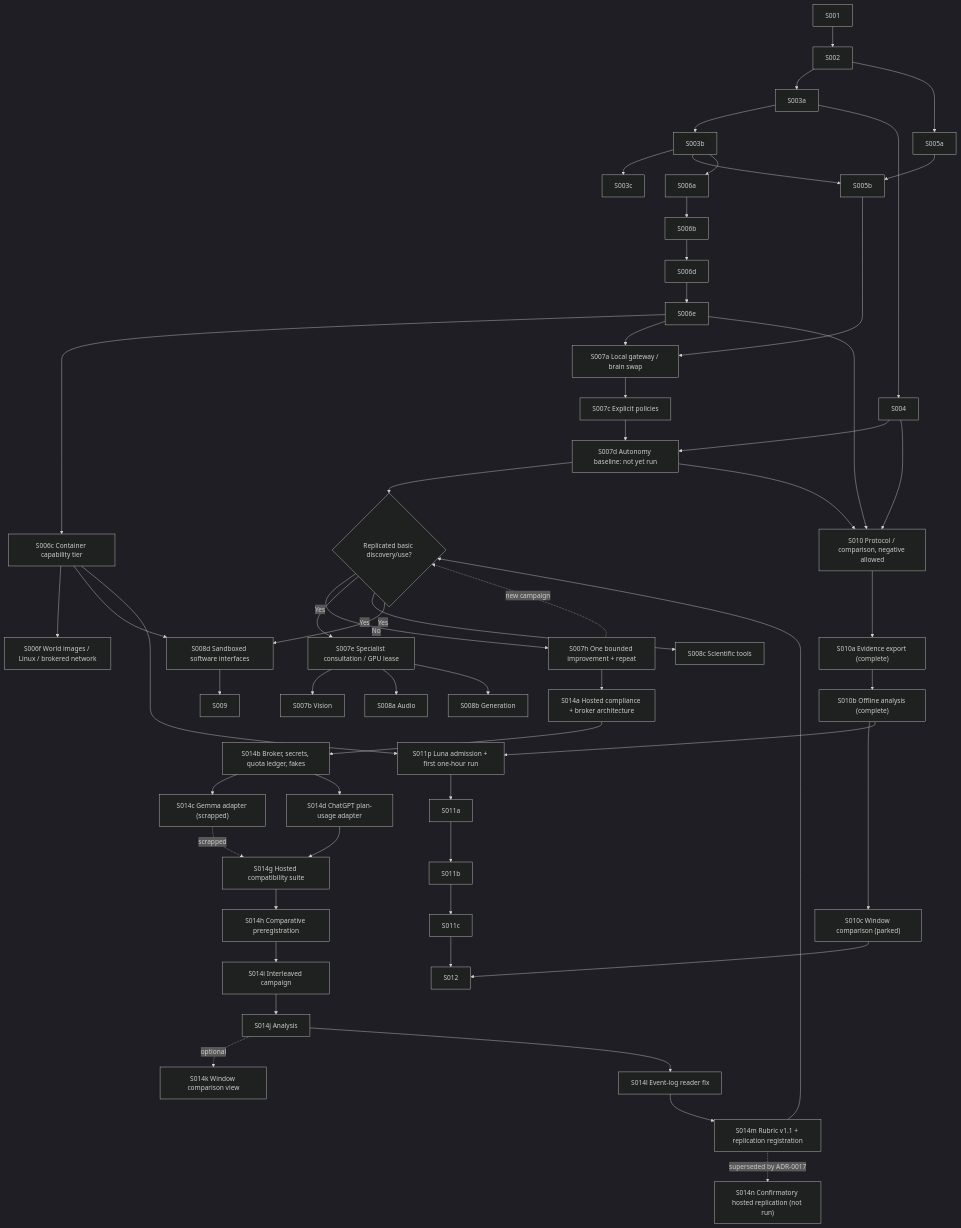
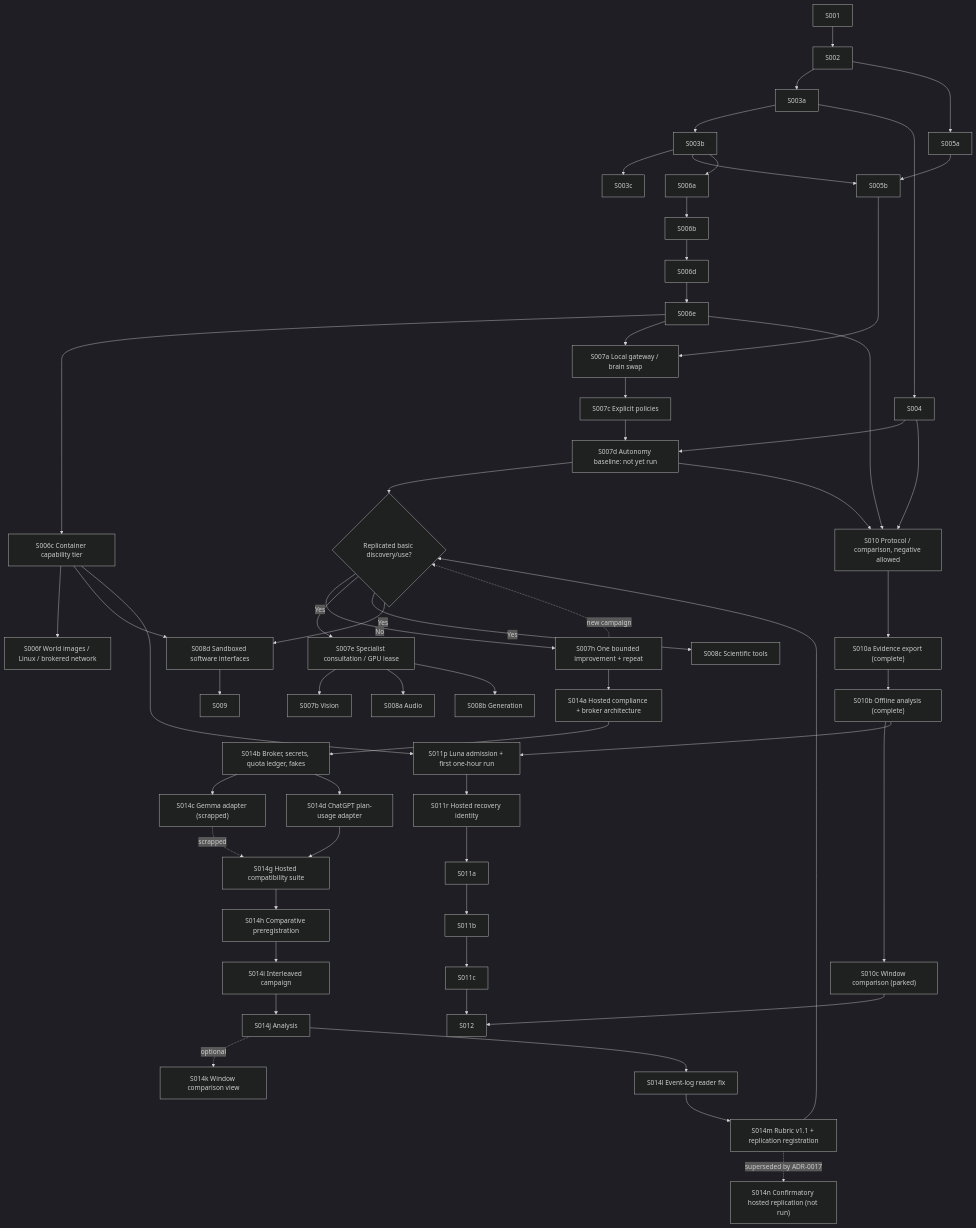
One commit to jfairfaxball-348/open-lab-builder changed the diagram in docs/roadmap/ROADMAP.md. Above: the diagram before and after it, drawn with Mermaid (dark theme). The commit also changed other lines of this file and 6 other files, not shown here.

First line of the commit message:
S011r: hosted recovery identity decision and completion records

````diff
--- a/docs/roadmap/ROADMAP.md
+++ b/docs/roadmap/ROADMAP.md
@@ -42,44 +42,44 @@
 ```mermaid
 flowchart TD
     S001 --> S002 --> S003a --> S003b --> S003c
     S003a --> S004
     S002 --> S005a --> S005b
     S003b --> S005b
     S003b --> S006a --> S006b --> S006d --> S006e
     S006e --> S006c["S006c Container capability tier"]
     S006c --> S006f["S006f World images / Linux / brokered network"]
     S006e --> S007a["S007a Local gateway / brain swap"]
     S005b --> S007a
     S007a --> S007c["S007c Explicit policies"]
     S007c --> S007d["S007d Autonomy baseline: not yet run"]
     S004 --> S007d
     S007d --> Gate{"Replicated basic discovery/use?"}
     Gate -->|No| S007h["S007h One bounded improvement + repeat"]
     S007h -. new campaign .-> Gate
     Gate -->|Yes| S007e["S007e Specialist consultation / GPU lease"]
     S007e --> S007b["S007b Vision"]
     S007e --> S008a["S008a Audio"]
     S007e --> S008b["S008b Generation"]
     Gate -->|Yes| S008c["S008c Scientific tools"]
     Gate -->|Yes| S008d["S008d Sandboxed software interfaces"]
     S006c --> S008d --> S009
     S007h --> S014a["S014a Hosted compliance + broker architecture"]
     S014a --> S014b["S014b Broker, secrets, quota ledger, fakes"]
     S014b --> S014c["S014c Gemma adapter (scrapped)"]
     S014b --> S014d["S014d ChatGPT plan-usage adapter"]
     S014c -. scrapped .-> S014g["S014g Hosted compatibility suite"]
     S014d --> S014g
     S014g --> S014h["S014h Comparative preregistration"] --> S014i["S014i Interleaved campaign"] --> S014j["S014j Analysis"]
     S014j -. optional .-> S014k["S014k Window comparison view"]
     S014j --> S014l["S014l Event-log reader fix"] --> S014m["S014m Rubric v1.1 + replication registration"] -. superseded by ADR-0017 .-> S014n["S014n Confirmatory hosted replication (not run)"]
     S014m --> Gate
     S007d --> S010["S010 Protocol / comparison, negative allowed"]
     S006e --> S010
     S004 --> S010
     S010 --> S010a["S010a Evidence export (complete)"] --> S010b["S010b Offline analysis (complete)"]
     S010b --> S010c["S010c Window comparison (parked)"]
     S010b --> S011p["S011p Luna admission + first one-hour run"]
     S006c --> S011p
-    S011p --> S011a --> S011b --> S011c --> S012
+    S011p --> S011r["S011r Hosted recovery identity"] --> S011a --> S011b --> S011c --> S012
     S010c --> S012
 ```
````
